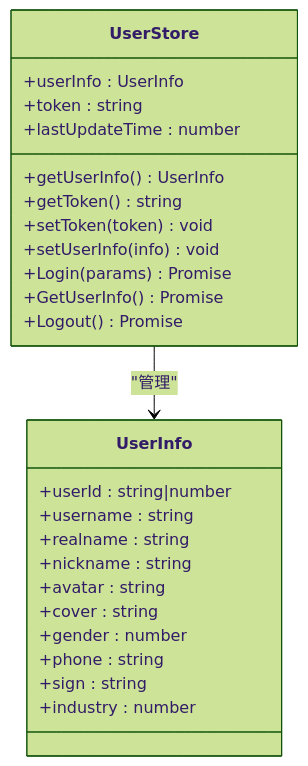
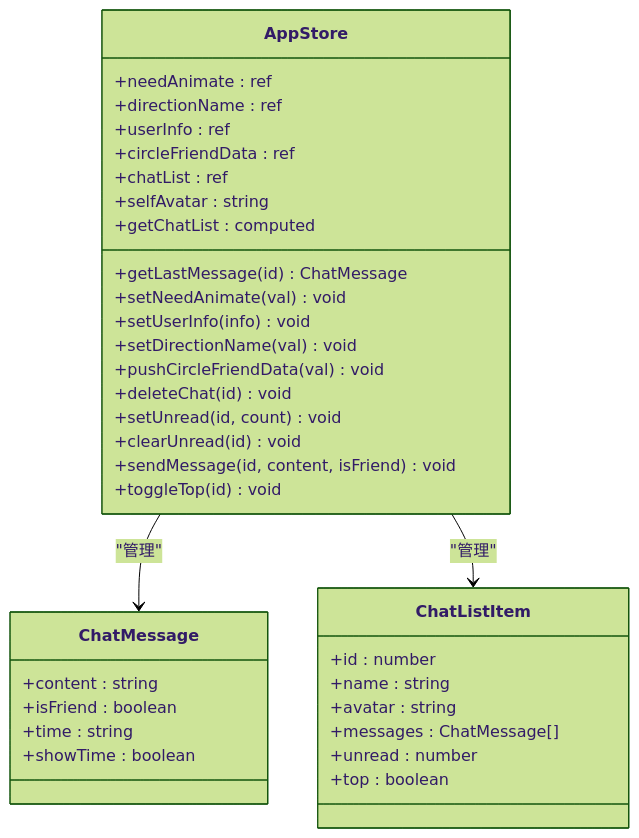
One commit to giserman001/vue3-vant4-mobile changed the ninth of 13 diagrams in .qoder/repowiki/zh/content/核心系统/聊天系统.md. Above: the diagram before and after it, drawn with Mermaid (forest theme). The commit also changed other lines of this file and 398 other files, not shown here.

````diff
--- a/.qoder/repowiki/zh/content/核心系统/聊天系统.md
+++ b/.qoder/repowiki/zh/content/核心系统/聊天系统.md
@@ -236,28 +384,38 @@
 ```mermaid
 classDiagram
-class UserStore {
-+userInfo : UserInfo
-+token : string
-+lastUpdateTime : number
-+getUserInfo() UserInfo
-+getToken() string
-+setToken(token) void
+class AppStore {
++needAnimate : ref
++directionName : ref
++userInfo : ref
++circleFriendData : ref
++chatList : ref
++selfAvatar : string
++getChatList : computed
++getLastMessage(id) ChatMessage
++setNeedAnimate(val) void
 +setUserInfo(info) void
-+Login(params) Promise
-+GetUserInfo() Promise
-+Logout() Promise
++setDirectionName(val) void
++pushCircleFriendData(val) void
++deleteChat(id) void
++setUnread(id, count) void
++clearUnread(id) void
++sendMessage(id, content, isFriend) void
++toggleTop(id) void
 }
-class UserInfo {
-+userId : string|number
-+username : string
-+realname : string
-+nickname : string
+class ChatMessage {
++content : string
++isFriend : boolean
++time : string
++showTime : boolean
+}
+class ChatListItem {
++id : number
++name : string
 +avatar : string
-+cover : string
-+gender : number
-+phone : string
-+sign : string
-+industry : number
++messages : ChatMessage[]
++unread : number
++top : boolean
 }
-UserStore --> UserInfo : "管理"
+AppStore --> ChatMessage : "管理"
+AppStore --> ChatListItem : "管理"
 ```
````
